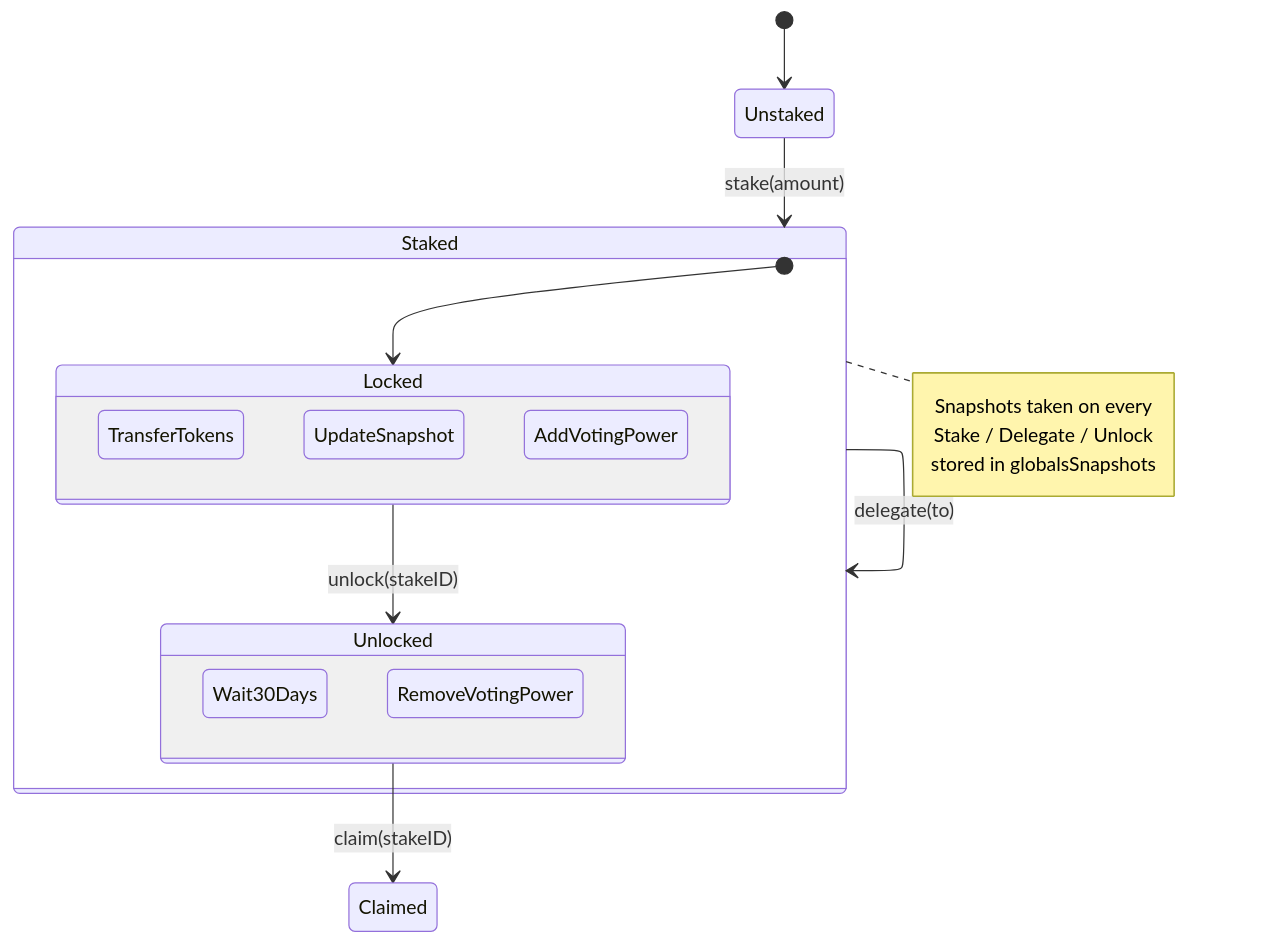
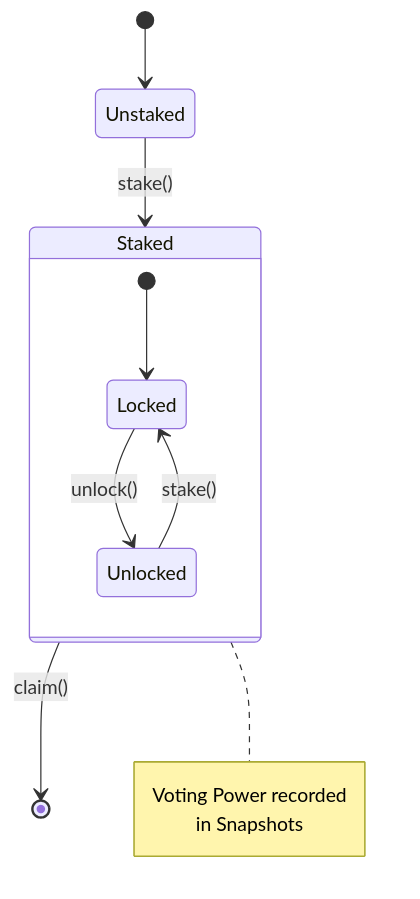
The seventh of 7 diagrams in contract/README.md (ZetachainHackathon/UniversalPrivate), drawn with Mermaid before and after one commit. The commit also changed other lines of this file, not shown here.

````diff
--- a/contract/README.md
+++ b/contract/README.md
@@ -155,30 +246,18 @@
 ```mermaid
 stateDiagram-v2
     [*] --> Unstaked
+    Unstaked --> Staked: stake()
     
-    Unstaked --> Staked: stake(amount)
     state Staked {
         [*] --> Locked
-        Locked --> Unlocked: unlock(stakeID)
-        
-        state Locked {
-            TransferTokens
-            UpdateSnapshot
-            AddVotingPower
-        }
-        
-        state Unlocked {
-            Wait30Days
-            RemoveVotingPower
-        }
+        Locked --> Unlocked: unlock()
+        Unlocked --> Locked: stake()
     }
     
-    Unlocked --> Claimed: claim(stakeID)
-    Staked --> Staked: delegate(to)
+    Staked --> [*]: claim()
     
     note right of Staked
-        Snapshots taken on every 
-        Stake / Delegate / Unlock
-        stored in globalsSnapshots
+        Voting Power recorded
+        in Snapshots
     end note
 ```
````
